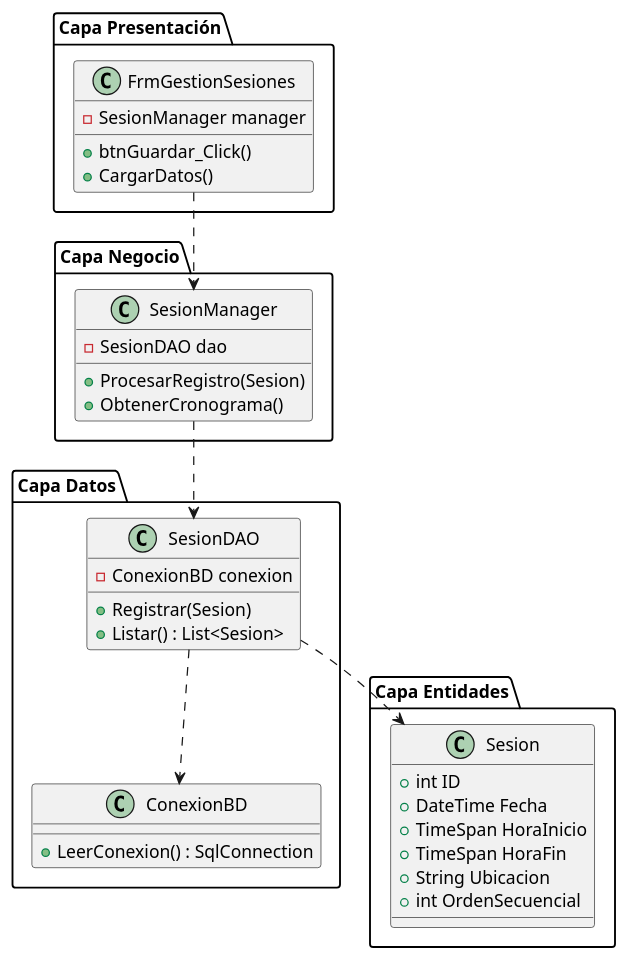
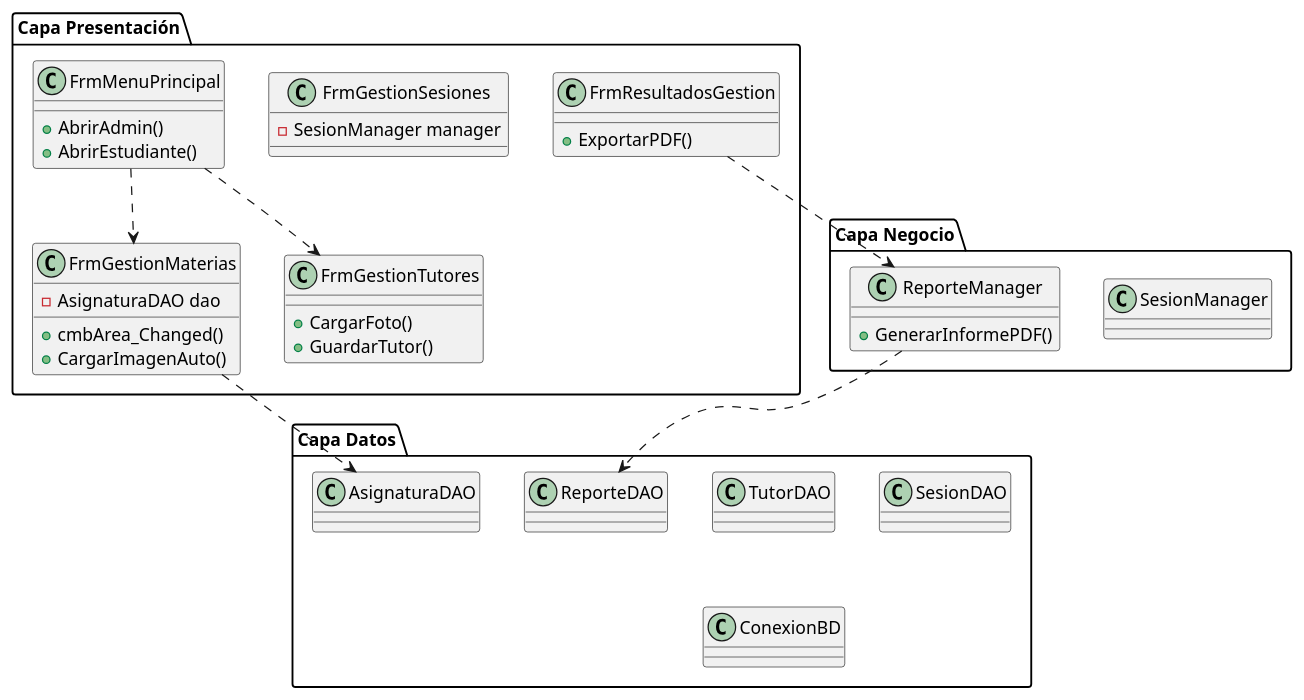
Before and after one commit to AdrianP2001/Proyecto_POE: the fourth of 5 diagrams in DOCUMENTACION.md, drawn with PlantUML. The commit also changed other lines of this file and 1 other file, not shown here.

Commit message:
Docs: Actualización final de README y Documentación Técnica con módulos integrados y diagramas corregidos

````diff
--- a/DOCUMENTACION.md
+++ b/DOCUMENTACION.md
@@ -73,46 +73,46 @@
 ```plantuml
 @startuml
 package "Capa Presentación" {
+    class FrmMenuPrincipal {
+        + AbrirAdmin()
+        + AbrirEstudiante()
+    }
+    class FrmGestionMaterias {
+        - AsignaturaDAO dao
+        + cmbArea_Changed()
+        + CargarImagenAuto()
+    }
+    class FrmGestionTutores {
+        + CargarFoto()
+        + GuardarTutor()
+    }
     class FrmGestionSesiones {
         - SesionManager manager
-        + btnGuardar_Click()
-        + CargarDatos()
+    }
+    class FrmResultadosGestion {
+        + ExportarPDF()
     }
 }
 
 package "Capa Negocio" {
-    class SesionManager {
-        - SesionDAO dao
-        + ProcesarRegistro(Sesion)
-        + ObtenerCronograma()
+    class SesionManager
+    class ReporteManager {
+        + GenerarInformePDF()
     }
 }
 
 package "Capa Datos" {
-    class SesionDAO {
-        - ConexionBD conexion
-        + Registrar(Sesion)
-        + Listar() : List<Sesion>
-    }
-    class ConexionBD {
-        + LeerConexion() : SqlConnection
-    }
+    class AsignaturaDAO
+    class TutorDAO
+    class SesionDAO
+    class ReporteDAO
+    class ConexionBD
 }
 
-package "Capa Entidades" {
-    class Sesion {
-        + int ID
-        + DateTime Fecha
-        + TimeSpan HoraInicio
-        + TimeSpan HoraFin
-        + String Ubicacion
-        + int OrdenSecuencial
-    }
-}
-
-FrmGestionSesiones ..> SesionManager
-SesionManager ..> SesionDAO
-SesionDAO ..> ConexionBD
-SesionDAO ..> Sesion
+FrmMenuPrincipal ..> FrmGestionMaterias
+FrmMenuPrincipal ..> FrmGestionTutores
+FrmGestionMaterias ..> AsignaturaDAO
+FrmResultadosGestion ..> ReporteManager
+ReporteManager ..> ReporteDAO
 @endum
 ```
````
